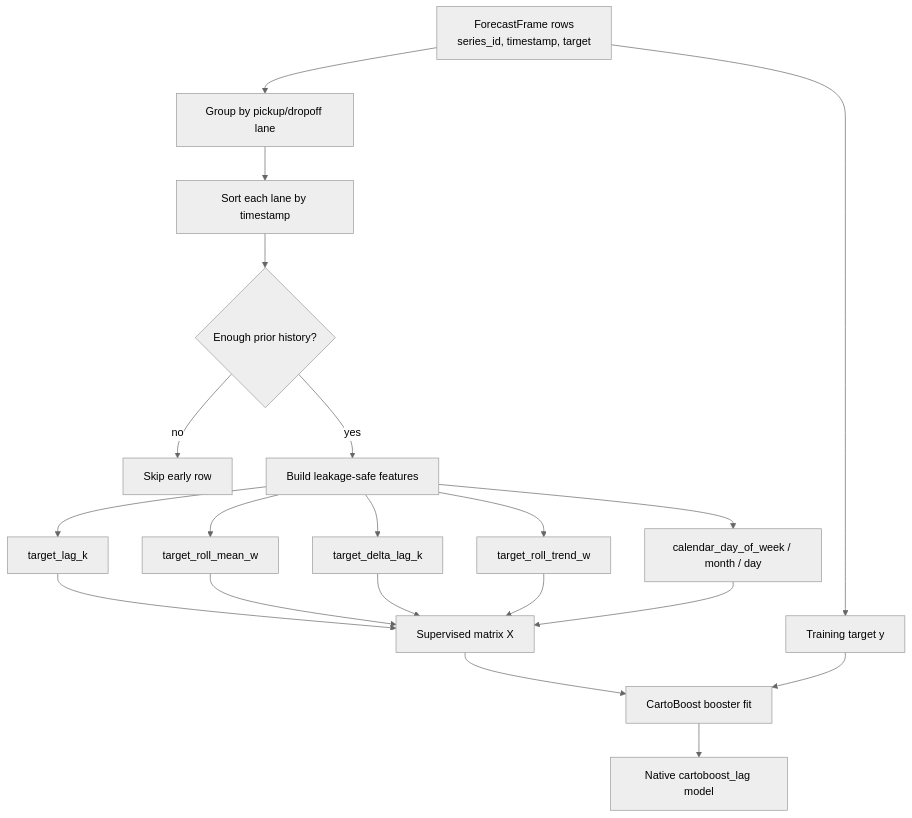
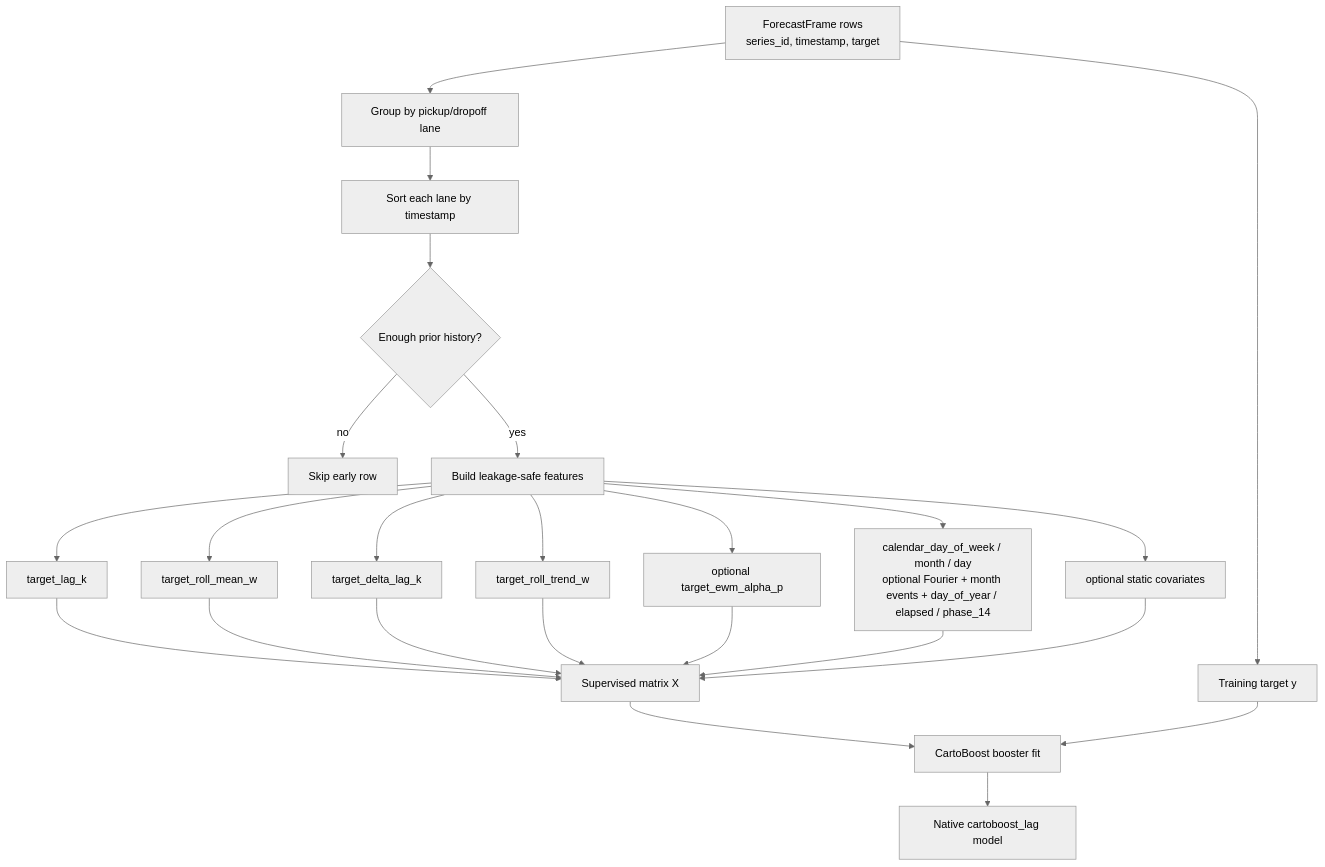
One commit to albrmar/cartoboost changed the first of 2 diagrams in docs/forecasting_lag_features.md. Above: the diagram before and after it, drawn with Mermaid (neutral theme). The commit also changed other lines of this file and 60 other files, not shown here.

````diff
--- a/docs/forecasting_lag_features.md
+++ b/docs/forecasting_lag_features.md
@@ -91,22 +121,26 @@
 ```mermaid
 flowchart TD
     A["ForecastFrame rows<br/>series_id, timestamp, target"] --> B["Group by pickup/dropoff lane"]
     B --> C["Sort each lane by timestamp"]
     C --> D{"Enough prior history?"}
     D -- no --> E["Skip early row"]
     D -- yes --> F["Build leakage-safe features"]
     F --> G["target_lag_k"]
     F --> H["target_roll_mean_w"]
     F --> I["target_delta_lag_k"]
     F --> J["target_roll_trend_w"]
-    F --> K["calendar_day_of_week / month / day"]
+    F --> R["optional target_ewm_alpha_p"]
+    F --> K["calendar_day_of_week / month / day<br/>optional Fourier + month events + day_of_year / elapsed / phase_14"]
+    F --> Q["optional static covariates"]
     G --> L["Supervised matrix X"]
     H --> L
     I --> L
     J --> L
+    R --> L
     K --> L
+    Q --> L
     L --> M["CartoBoost booster fit"]
     A --> N["Training target y"]
     N --> M
     M --> O["Native cartoboost_lag model"]
 ```
````
